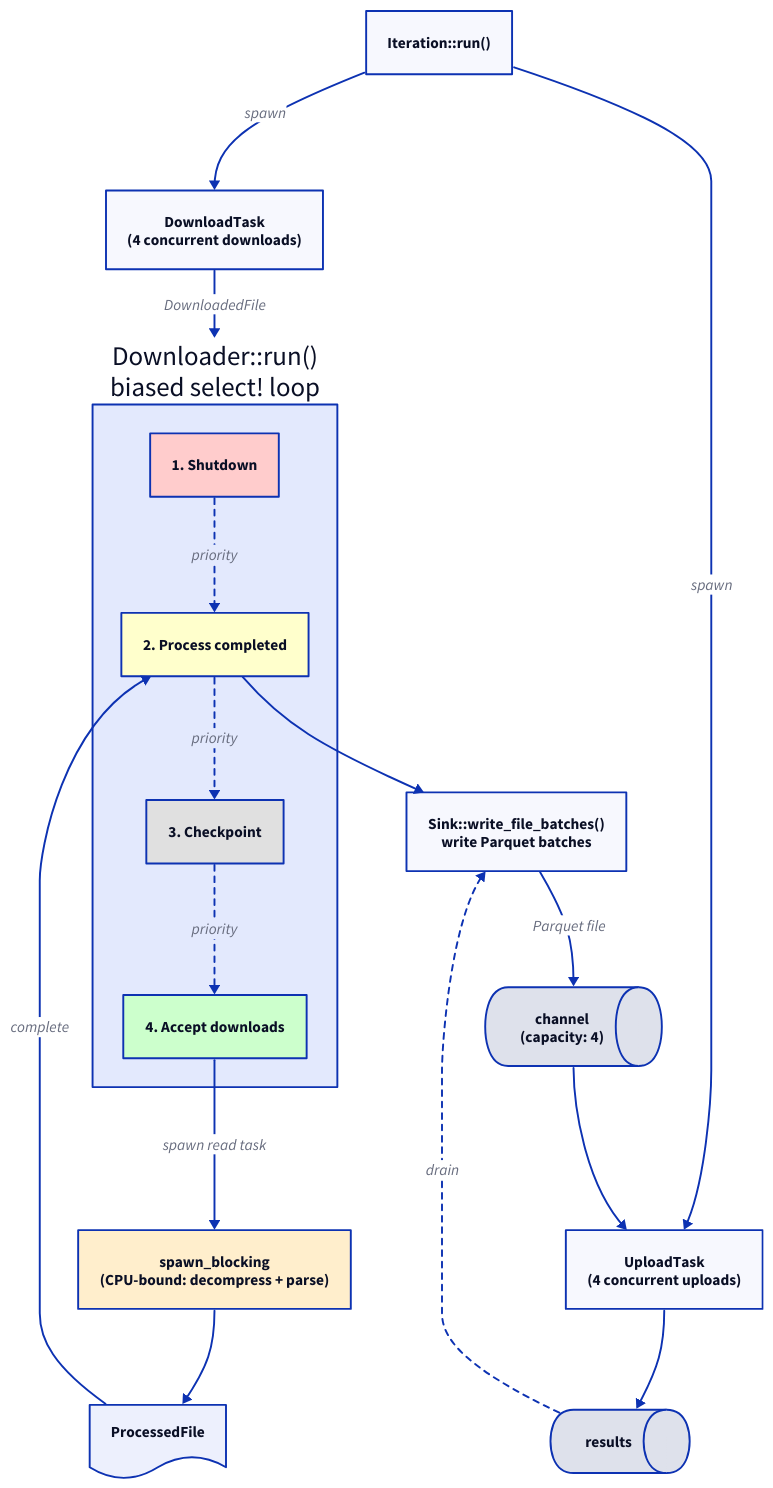
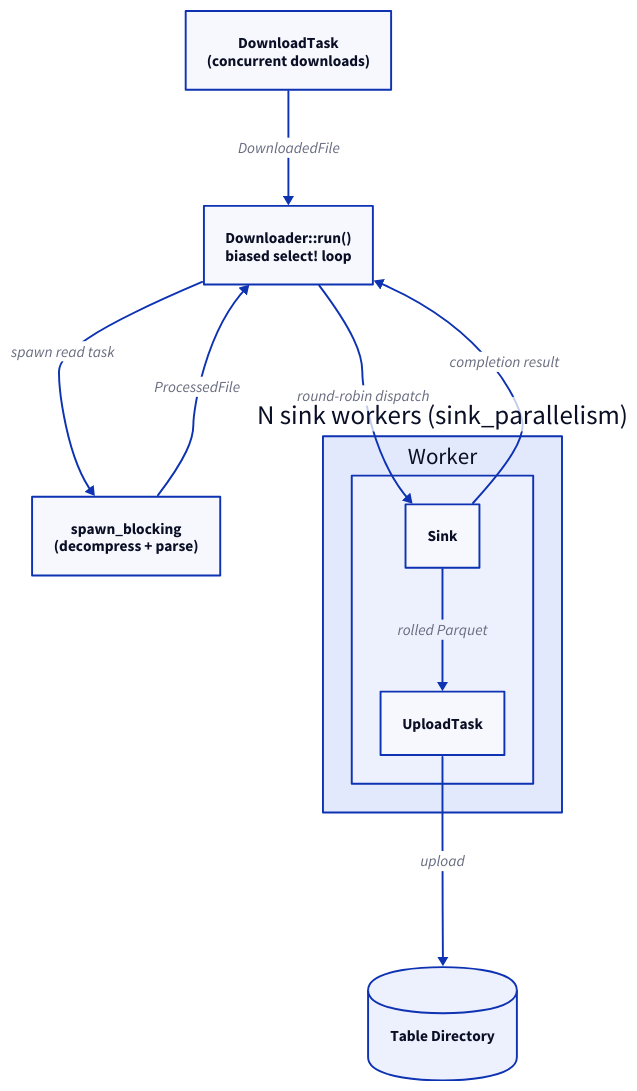
One commit to benjamin-awd/blizzard changed the third of 3 diagrams in website/src/content/docs/architecture/overview.md. Above: the diagram before and after it, drawn with D2. The commit also changed other lines of this file and 2 other files, not shown here.

````diff
--- a/website/src/content/docs/architecture/overview.md
+++ b/website/src/content/docs/architecture/overview.md
@@ -97,65 +99,34 @@
 ```d2
 direction: down
 
-iteration: Iteration::run() {
-  label: "Iteration::run()"
+download_task: DownloadTask {
+  label: "DownloadTask\n(concurrent downloads)"
 }
 
-download_task: DownloadTask {
-  label: "DownloadTask\n(4 concurrent downloads)"
+downloader: Downloader {
+  label: "Downloader::run()\nbiased select! loop"
 }
 
-upload_task: UploadTask {
-  label: "UploadTask\n(4 concurrent uploads)"
+blocking: spawn_blocking {
+  label: "spawn_blocking\n(decompress + parse)"
 }
 
-iteration -> download_task: spawn
-iteration -> upload_task: spawn
+workers: Sink Workers {
+  label: "N sink workers (sink_parallelism)"
 
-downloader: Downloader::run() {
-  label: "Downloader::run()\nbiased select! loop"
-
-  p1: "1. Shutdown" { style.fill: "#ffcccc" }
-  p2: "2. Process completed" { style.fill: "#ffffcc" }
-  p3: "3. Checkpoint" { style.fill: "#e0e0e0" }
-  p4: "4. Accept downloads" { style.fill: "#ccffcc" }
-
-  p1 -> p2 -> p3 -> p4: priority {style.stroke-dash: 3}
+  worker: Worker {
+    sink: Sink
+    upload: UploadTask
+    sink -> upload: "rolled Parquet"
+  }
 }
 
+output: Table Directory { shape: cylinder }
+
 download_task -> downloader: DownloadedFile
-
-blocking: spawn_blocking {
-  label: "spawn_blocking\n(CPU-bound: decompress + parse)"
-  style.fill: "#ffeecc"
-}
-
-downloader.p4 -> blocking: spawn read task
-
-processed: ProcessedFile { shape: document }
-
-blocking -> processed
-processed -> downloader.p2: complete
-
-sink: Sink {
-  label: "Sink::write_file_batches()\nwrite Parquet batches"
-}
-
-downloader.p2 -> sink
-
-upload_chan: {
-  label: "channel\n(capacity: 4)"
-  shape: queue
-}
-
-sink -> upload_chan: Parquet file
-upload_chan -> upload_task
-
-result_chan: {
-  label: "results"
-  shape: queue
-}
-
-upload_task -> result_chan
-result_chan -> sink: drain {style.stroke-dash: 3}
+downloader -> blocking: "spawn read task"
+blocking -> downloader: ProcessedFile
+downloader -> workers.worker.sink: "round-robin dispatch"
+workers.worker.sink -> downloader: "completion result"
+workers.worker.upload -> output: upload
 ```
````
